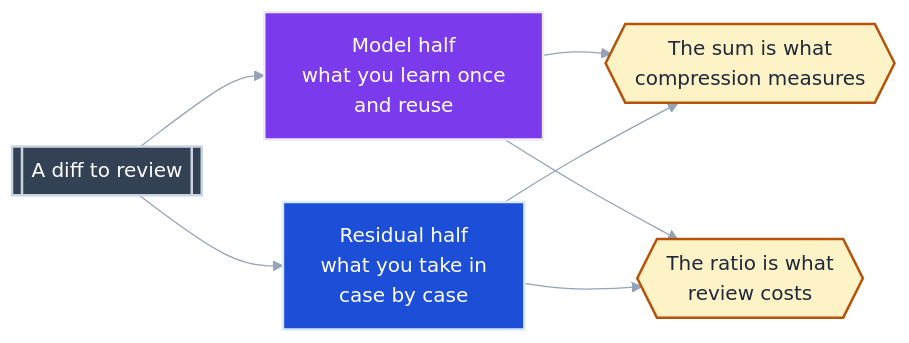
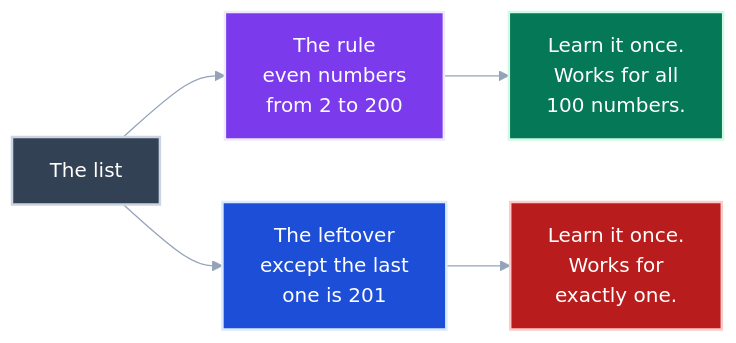
The first of 6 diagrams in docs/plans/maintainability/description-length.md (neozenith/pytest-xharness-eval), drawn with Mermaid before and after one commit. The commit also changed other lines of this file and 5 other files, not shown here.

````diff
--- a/docs/plans/maintainability/description-length.md
+++ b/docs/plans/maintainability/description-length.md
@@ -19,17 +83,15 @@
 ```mermaid
 %%{init: {"theme":"base","flowchart":{"htmlLabels":false},"themeVariables":{"primaryTextColor":"#1e293b","textColor":"#1e293b","lineColor":"#94a3b8","edgeLabelBackground":"#f1f5f9"}}}%%
 flowchart LR
-    D[["A diff to review"]]:::formal --> M["Model half<br/>what you learn once<br/>and reuse"]:::model
-    D --> R["Residual half<br/>what you take in<br/>case by case"]:::residual
-    M --> S{{"The sum is what<br/>compression measures"}}:::total
-    R --> S
-    M --> V{{"The ratio is what<br/>review costs"}}:::total
-    R --> V
+    D["The list"]:::formal --> R["The rule<br/>even numbers<br/>from 2 to 200"]:::rule
+    D --> L["The leftover<br/>except the last<br/>one is 201"]:::leftover
+    R --> U["Learn it once.<br/>Works for all<br/>100 numbers."]:::good
+    L --> V["Learn it once.<br/>Works for<br/>exactly one."]:::warning
 
-    classDef model fill:#7c3aed,stroke:#ede9fe,color:#ffffff,stroke-width:2px
-    classDef residual fill:#1d4ed8,stroke:#dbeafe,color:#ffffff,stroke-width:2px
+    classDef rule fill:#7c3aed,stroke:#ede9fe,color:#ffffff,stroke-width:2px
+    classDef leftover fill:#1d4ed8,stroke:#dbeafe,color:#ffffff,stroke-width:2px
     classDef total fill:#fef3c7,stroke:#b45309,color:#1e293b,stroke-width:2px
     classDef formal fill:#334155,stroke:#cbd5e1,color:#ffffff,stroke-width:2px
-    classDef code fill:#047857,stroke:#d1fae5,color:#ffffff,stroke-width:2px
+    classDef good fill:#047857,stroke:#d1fae5,color:#ffffff,stroke-width:2px
     classDef warning fill:#b91c1c,stroke:#fecaca,color:#ffffff,stroke-width:2px
 ```
````
